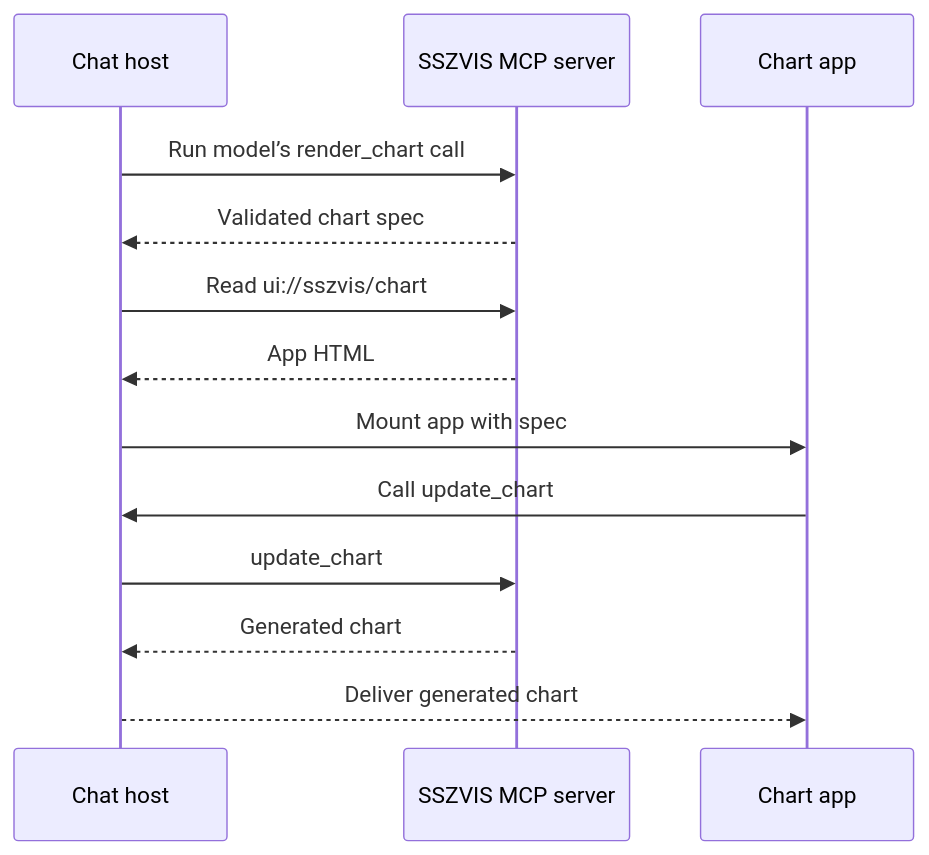
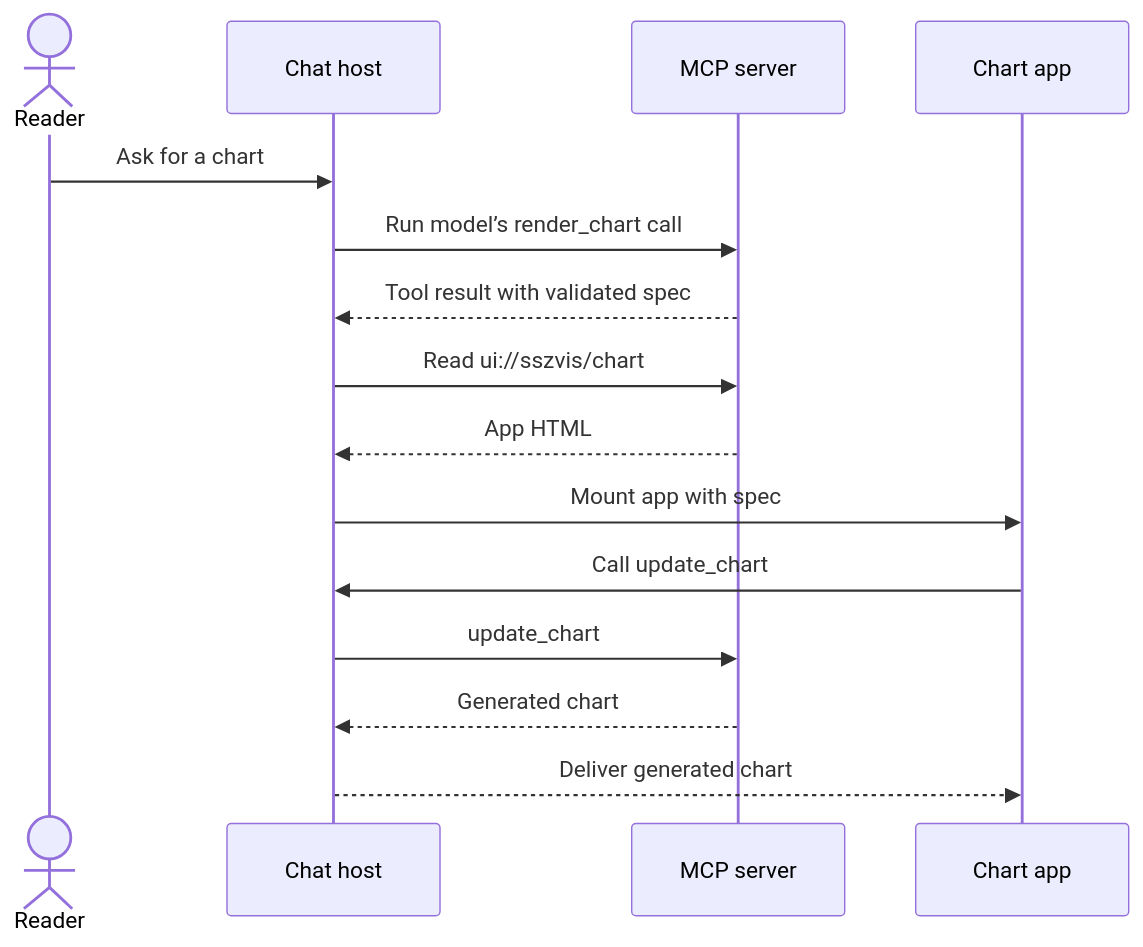
One commit to lloydrichards/proj_portfolio-website changed the diagram in src/app/labs/(content)/065-sszvis-mcp-app/page.mdx. Above: the diagram before and after it, drawn with Mermaid. The commit also changed other lines of this file, not shown here.

Commit message:
feat(labs): publish the SSZVIS MCP Apps article

````diff
--- a/src/app/labs/(content)/065-sszvis-mcp-app/page.mdx
+++ b/src/app/labs/(content)/065-sszvis-mcp-app/page.mdx
@@ -67,17 +112,19 @@
 ```mermaid
 sequenceDiagram
   accTitle: How a tool call opens a chart in chat
   accDescr: The host calls render_chart, mounts the app, and relays update_chart to fetch the code.
+  actor U as Reader
   participant H as Chat host
-  participant S as SSZVIS MCP server
+  participant S as MCP server
   participant A as Chart app
+  U->>H: Ask for a chart
   H->>S: Run model’s render_chart call
-  S-->>H: Validated chart spec
+  S-->>H: Tool result with validated spec
   H->>S: Read ui://sszvis/chart
   S-->>H: App HTML
   H->>A: Mount app with spec
   A->>H: Call update_chart
   H->>S: update_chart
   S-->>H: Generated chart
   H-->>A: Deliver generated chart
 ```
````
